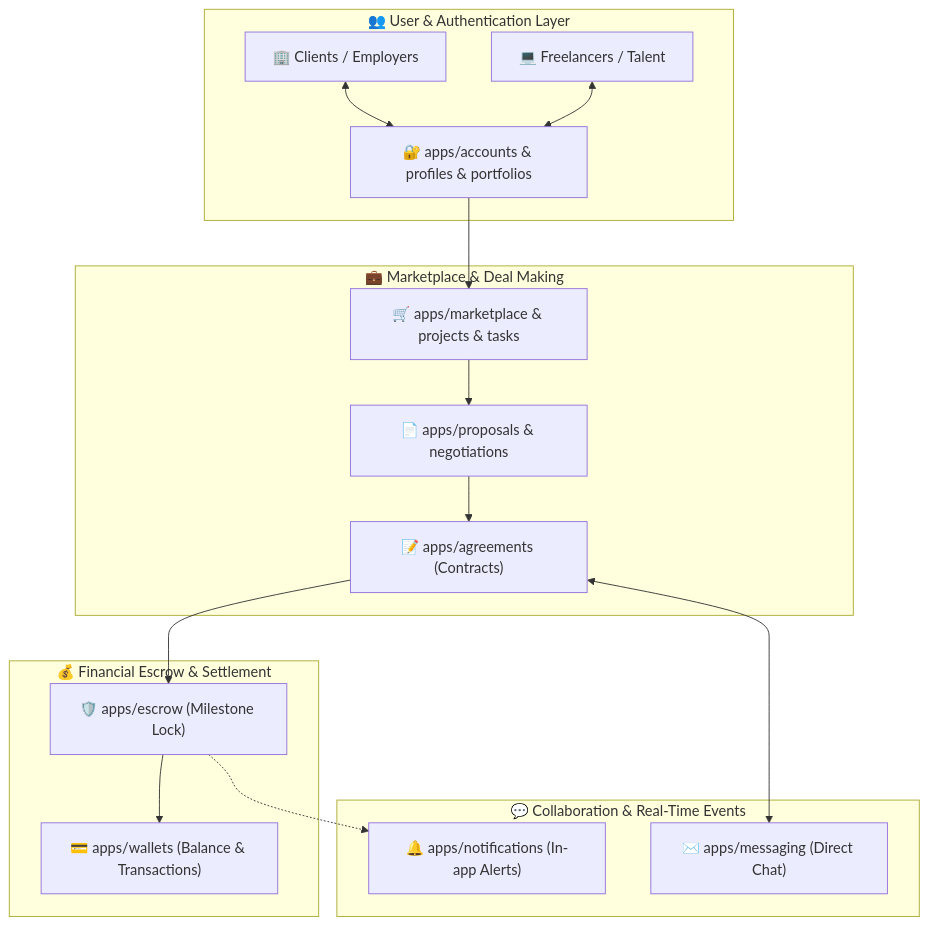
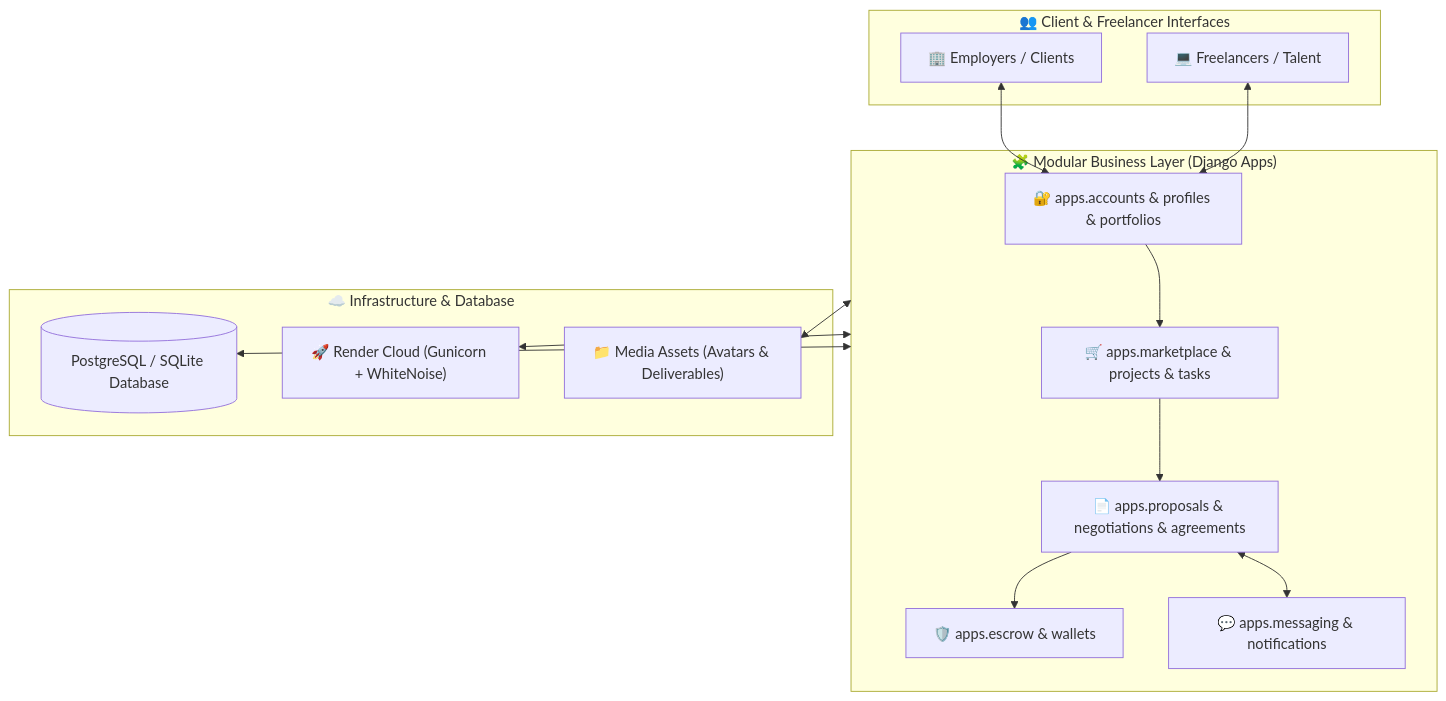
Before and after one commit to MominRifat/Skillbridge-Project: the first of 2 diagrams in README.md, drawn with Mermaid. The commit also changed other lines of this file, not shown here.

Commit message:
docs: enhance README with comprehensive tech stack, setup guide, and 2D/3D architecture

````diff
--- a/README.md
+++ b/README.md
@@ -29,36 +52,33 @@
 ```mermaid
 flowchart TD
-    subgraph User_Gateways["👥 User & Authentication Layer"]
-        Clients["🏢 Clients / Employers"]
-        Freelancers["💻 Freelancers / Talent"]
-        Accounts["🔐 apps/accounts & profiles & portfolios"]
+    subgraph Client_Gateways["👥 Client & Freelancer Interfaces"]
+        ClientUser["🏢 Employers / Clients"]
+        FreelancerUser["💻 Freelancers / Talent"]
     end
 
-    subgraph Marketplace_Negotiation["💼 Marketplace & Deal Making"]
-        Market["🛒 apps/marketplace & projects & tasks"]
-        Proposals["📄 apps/proposals & negotiations"]
-        Agreements["📝 apps/agreements (Contracts)"]
+    subgraph App_Modules["🧩 Modular Business Layer (Django Apps)"]
+        AuthApp["🔐 apps.accounts & profiles & portfolios"]
+        MarketApp["🛒 apps.marketplace & projects & tasks"]
+        DealApp["📄 apps.proposals & negotiations & agreements"]
+        EscrowApp["🛡️ apps.escrow & wallets"]
+        CommApp["💬 apps.messaging & notifications"]
     end
 
-    subgraph Financial_Core["💰 Financial Escrow & Settlement"]
-        Escrow["🛡️ apps/escrow (Milestone Lock)"]
-        Wallets["💳 apps/wallets (Balance & Transactions)"]
+    subgraph Persistence_Cloud["☁️ Infrastructure & Database"]
+        DB[("PostgreSQL / SQLite Database")]
+        RenderHost["🚀 Render Cloud (Gunicorn + WhiteNoise)"]
+        MediaFiles["📁 Media Assets (Avatars & Deliverables)"]
     end
 
-    subgraph Communication_Alerts["💬 Collaboration & Real-Time Events"]
-        Messaging["✉️ apps/messaging (Direct Chat)"]
-        Notifications["🔔 apps/notifications (In-app Alerts)"]
-    end
+    ClientUser <--> AuthApp
+    FreelancerUser <--> AuthApp
 
-    Clients <--> Accounts
-    Freelancers <--> Accounts
+    AuthApp --> MarketApp
+    MarketApp --> DealApp
+    DealApp --> EscrowApp
+    DealApp <--> CommApp
 
-    Accounts --> Market
-    Market --> Proposals
-    Proposals --> Agreements
-    Agreements --> Escrow
-    Escrow --> Wallets
-
-    Agreements <--> Messaging
-    Escrow -.-> Notifications
+    App_Modules <--> DB
+    App_Modules <--> MediaFiles
+    App_Modules <--> RenderHost
 ```
````
